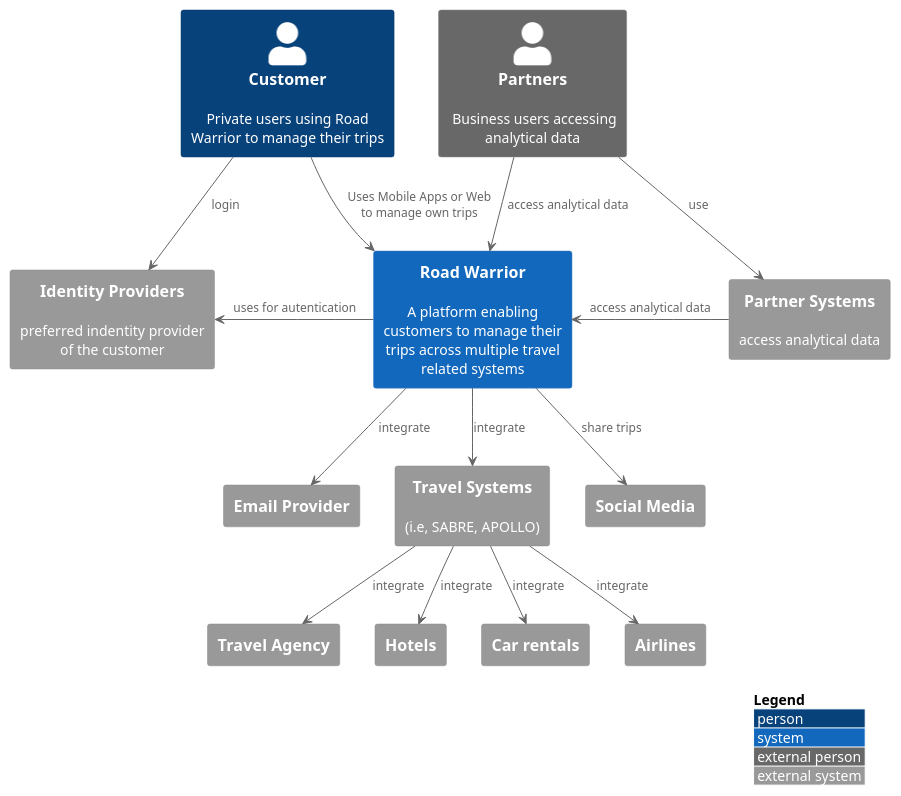
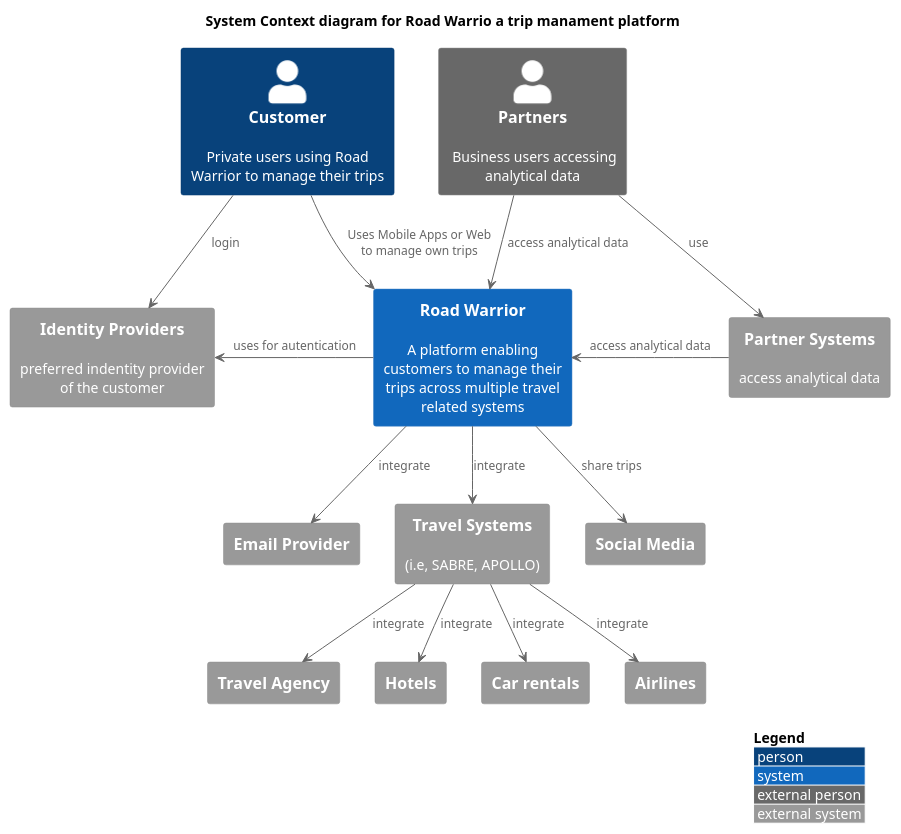
The diagram in diagrams/context.puml (wschaef/architecture-kata-2023), drawn with PlantUML before and after one commit.

Commit message:
feat: added title to the context diagram

```diff
--- a/diagrams/context.puml
+++ b/diagrams/context.puml
@@ -1,33 +1,35 @@
 @startuml
 !include <C4/C4_Context>
 
 LAYOUT_WITH_LEGEND()
+
+title System Context diagram for Road Warrio a trip manament platform
 
 Person(customer, "Customer", "Private users using Road Warrior to manage their trips") 
 Person_Ext(partnerUser, "Partners", " Business users accessing analytical data")
 System(system, "Road Warrior", "A platform enabling customers to manage their trips across multiple travel related systems") 
 System_Ext(travelAgency, "Travel Agency")
 System_Ext(emailProvider, "Email Provider")
 System_Ext(hotels, "Hotels")
 System_Ext(carRentals, "Car rentals")
 System_Ext(airlines, "Airlines")
 System_Ext(travelSystems, "Travel Systems", "(i.e, SABRE, APOLLO)")
 System_Ext(socialMedia, "Social Media")
 System_Ext(partnerSystems, "Partner Systems", "access analytical data")
 System_Ext(idps, "Identity Providers", "preferred indentity provider of the customer")
 
 customer --> system : Uses Mobile Apps or Web to manage own trips
 customer --> idps: login
 partnerUser --> system: access analytical data
 partnerUser --> partnerSystems: use
 system --> travelSystems : integrate
 system -L-> idps: uses for autentication 
 travelSystems --> travelAgency : integrate
 travelSystems --> hotels : integrate
 travelSystems --> carRentals : integrate
 travelSystems --> airlines : integrate
 system --> emailProvider: integrate
 system --> socialMedia: share trips
 partnerSystems -L-> system: access analytical data
 
 @enduml
```
